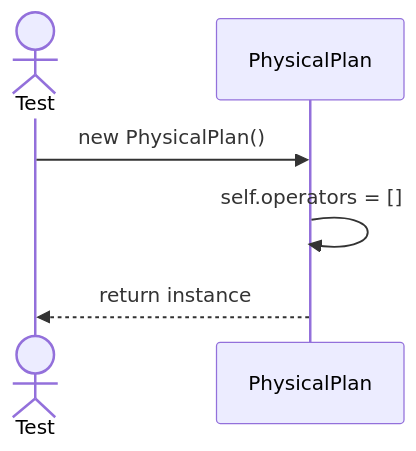
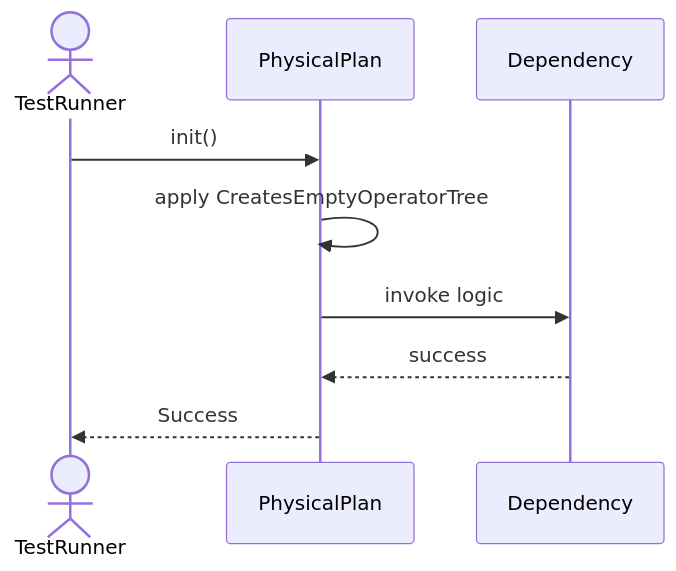
The first of 5 diagrams in Sequences/QueryProcessor/PhysicalPlan.md (TamBui1706/DBMS), drawn with Mermaid before and after one commit. The commit also changed other lines of this file and 63 other files, not shown here.

Commit message:
Draw sequence diagram for unit tests

````diff
--- a/Sequences/QueryProcessor/PhysicalPlan.md
+++ b/Sequences/QueryProcessor/PhysicalPlan.md
@@ -15,9 +18,10 @@
 ```mermaid
 sequenceDiagram
-    actor Test
+    actor TestRunner
     participant PhysicalPlan
-
-    Test->>PhysicalPlan: new PhysicalPlan()
-    PhysicalPlan->>PhysicalPlan: self.operators = []
-    PhysicalPlan-->>Test: return instance
+    TestRunner->>PhysicalPlan: init()
+    PhysicalPlan->>PhysicalPlan: apply CreatesEmptyOperatorTree
+    PhysicalPlan->>Dependency: invoke logic
+    Dependency-->>PhysicalPlan: success
+    PhysicalPlan-->>TestRunner: Success
 ```
````
